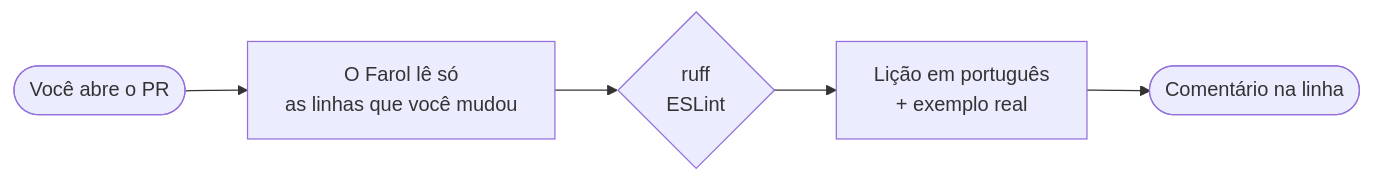
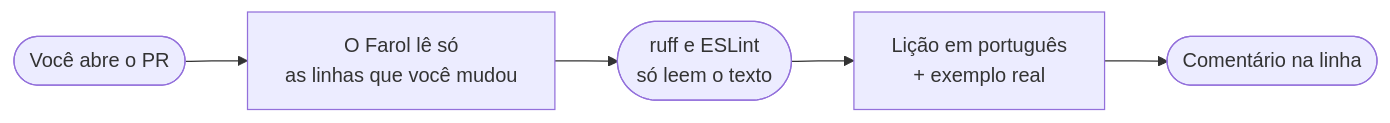
The diagram in README.md (islan-max/farol), drawn with Mermaid before and after one commit.

Commit message:
README: o diagrama usa uma forma menor para a análise

````diff
--- a/README.md
+++ b/README.md
@@ -67,7 +67,7 @@
 ```mermaid
 flowchart LR
     A([Você abre o PR]) --> B[O Farol lê só<br/>as linhas que você mudou]
-    B --> C{ruff<br/>ESLint}
+    B --> C(["ruff e ESLint<br/>só leem o texto"])
     C --> D[Lição em português<br/>+ exemplo real]
     D --> E([Comentário na linha])
 ```
````
